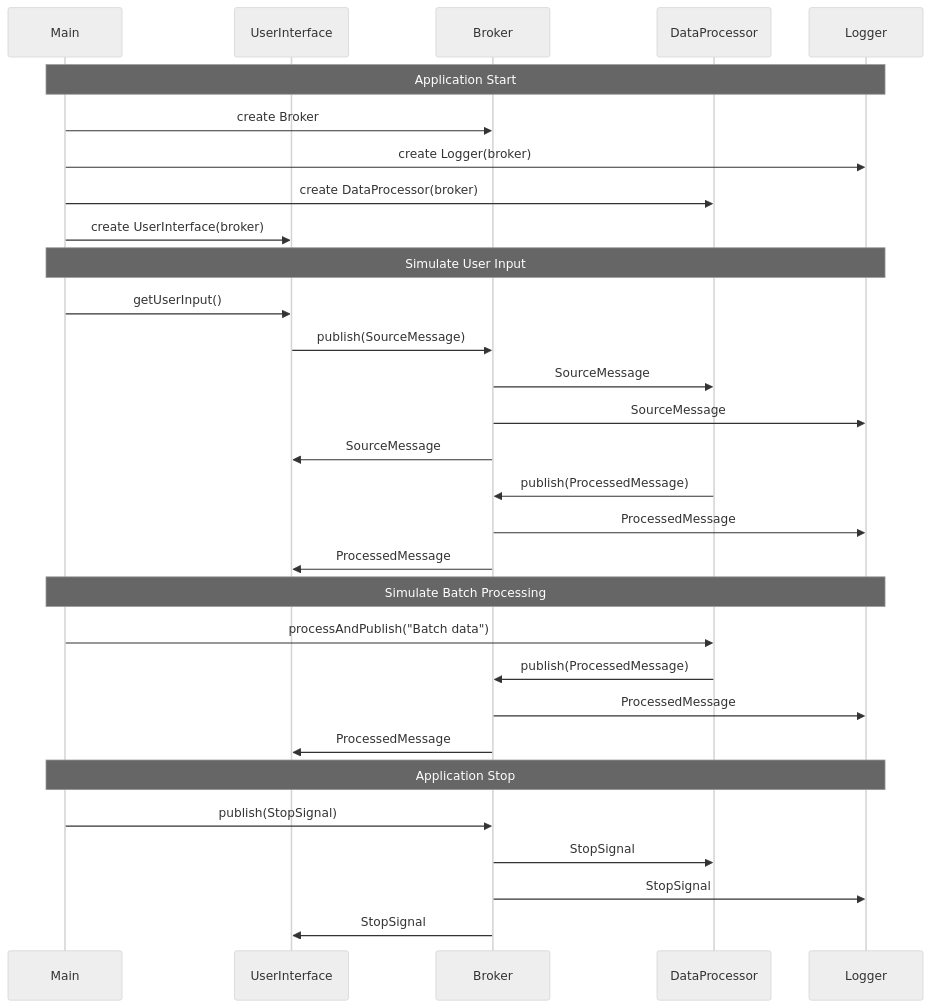
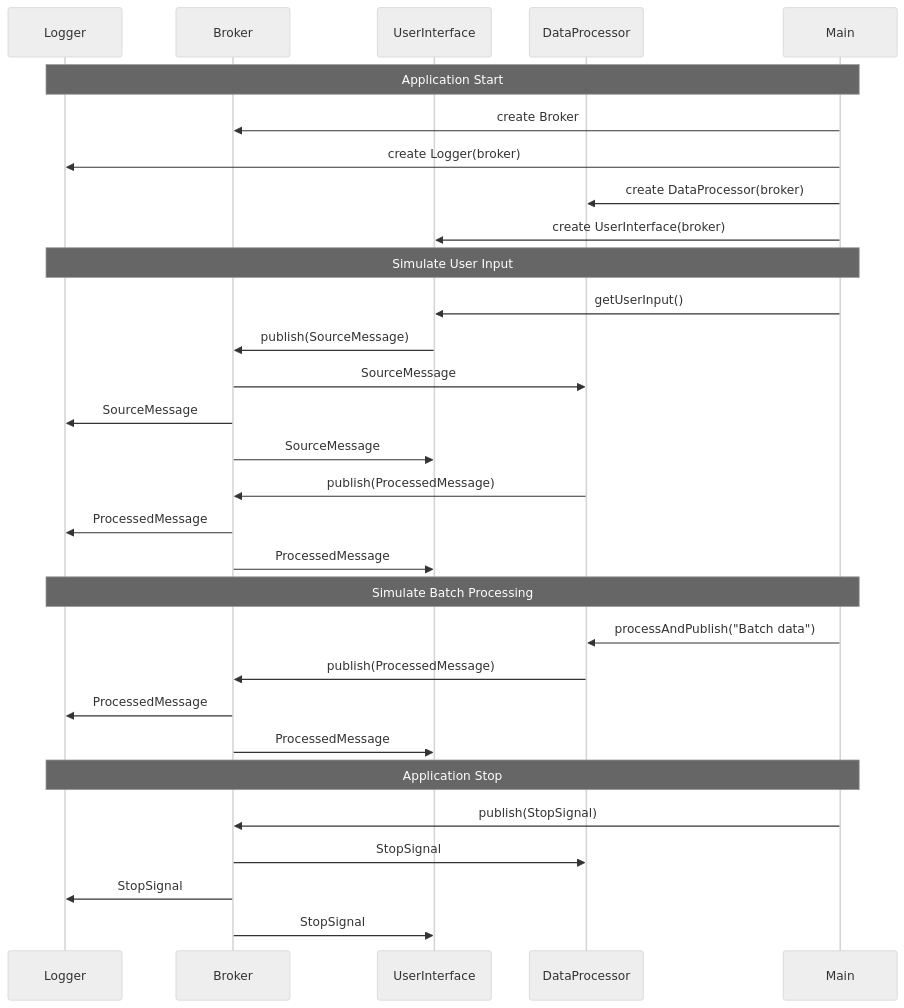
One commit to jerzydziewierz/cfabric changed the diagram in demo3_sequence_diagram.md. Above: the diagram before and after it, drawn with Mermaid (neutral theme).

Commit message:
feat: Add sequence diagram for application startup

````diff
--- a/demo3_sequence_diagram.md
+++ b/demo3_sequence_diagram.md
@@ -3,37 +3,38 @@
 ```mermaid
 sequenceDiagram
+    participant L as Logger
+    participant B as Broker
+    participant UI as UserInterface
+    participant DP as DataProcessor
     participant M as Main
-    participant UI as UserInterface
-    participant B as Broker
-    participant DP as DataProcessor
-    participant L as Logger
+    
 
     Note over M,L: Application Start
     M->>B: create Broker
     M->>L: create Logger(broker)
     M->>DP: create DataProcessor(broker)
     M->>UI: create UserInterface(broker)
 
     Note over M,L: Simulate User Input
     M->>UI: getUserInput()
     UI->>B: publish(SourceMessage)
     B->>DP: SourceMessage
     B->>L: SourceMessage
     B->>UI: SourceMessage
 
     DP->>B: publish(ProcessedMessage)
     B->>L: ProcessedMessage
     B->>UI: ProcessedMessage
 
     Note over M,L: Simulate Batch Processing
     M->>DP: processAndPublish("Batch data")
     DP->>B: publish(ProcessedMessage)
     B->>L: ProcessedMessage
     B->>UI: ProcessedMessage
 
     Note over M,L: Application Stop
     M->>B: publish(StopSignal)
     B->>DP: StopSignal
     B->>L: StopSignal
     B->>UI: StopSignal
 ```
````
